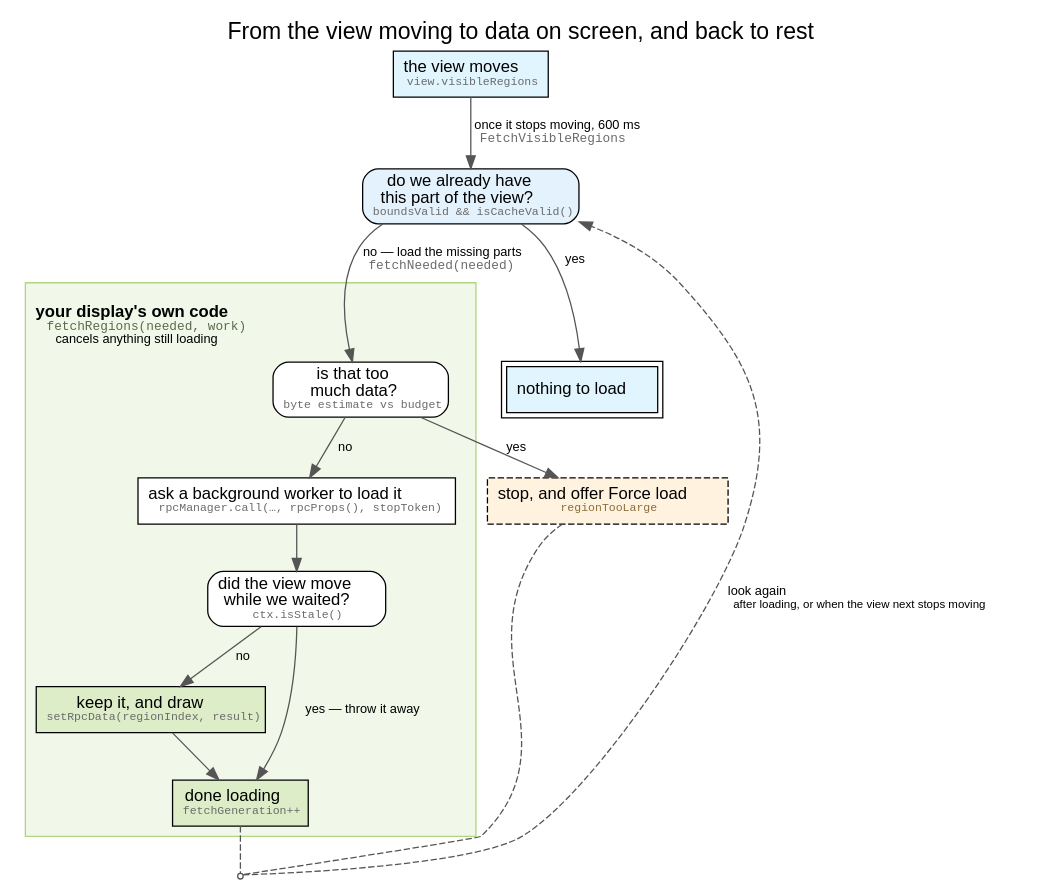
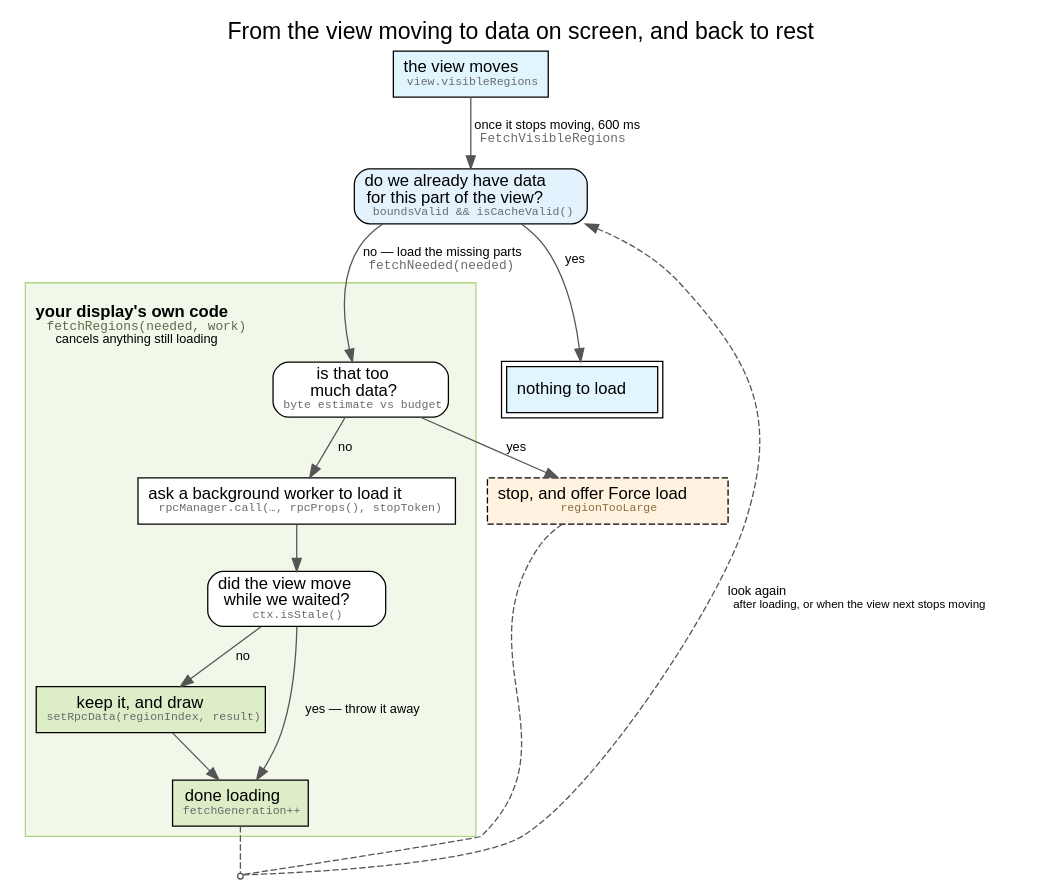
Before and after one commit to GMOD/jbrowse-components: the diagram in website/diagrams/fetch_chain.dot, drawn with Graphviz. The commit also changed 2 other files, not shown here.

Commit message:
docs(fetch_chain): ask whether we have the DATA for this part of the view
"do we already have this part of the view?" reads as a question about the
view rather than about the data — the noun a plain sentence drops is the one
to check.

Claude-Session: https://claude.ai/code/session_01RP6gHvG9pZXQabegWrmhyD

```diff
--- a/website/diagrams/fetch_chain.dot
+++ b/website/diagrams/fetch_chain.dot
@@ -1,142 +1,145 @@
 // Every box says what happens in ENGLISH, with the identifier under it in small
 // grey monospace. Reading the chain and finding the code are two different
 // tasks, and a label that only names `boundsValid && isCacheValid()` serves the
 // second at the cost of the first — you cannot follow the flow until you have
 // read four function signatures. The English line is what the eye lands on; the
 // identifier is there when the reader goes looking.
 //
 // The English is plain rather than merely spelt out, which is a second pass and
 // not the same one: "is this block already covered?" is a sentence made of our
 // vocabulary, and a block, a fetch and a region are all things the reader is
-// here to learn. So it asks whether we already have this PART OF THE VIEW, the
-// worker is a BACKGROUND worker, and fetchGeneration++ is DONE LOADING. Nothing
-// in the top line of a box is a word this page has to define first.
+// here to learn. So it asks whether we already have DATA FOR this part of the
+// view, the worker is a BACKGROUND worker, and fetchGeneration++ is DONE
+// LOADING. Nothing in the top line of a box is a word this page has to define
+// first. "do we already have this part of the view?" was the first draft and it
+// reads as a question about the VIEW rather than about the data — the noun a
+// plain sentence drops is the one to check.
 //
 // That needs HTML-like labels (`label=<…>` rather than `label="…"`), so `&` is
 // `&amp;` inside them, and a malformed one renders as literal angle brackets
 // rather than failing — check the render, not the exit code.
 //
 // The three questions are rounded boxes rather than diamonds. A diamond sized to
 // hold a sentence is about twice as wide as the sentence, and there are three of
 // them; the "?" and the yes/no edges already say it is a branch.
 //
 // Two nodes and a cluster came out by the rule that a step whose whole job is to
 // hand off to the next one is an EDGE, not a box:
 //
 //   collect into `needed`    -> the check's "no" branch, which also carries
 //                               fetchNeeded(needed), the call it makes
 //   rotate stop token /      -> "cancels whatever was still in flight" in the
 //     capture fetchGeneration   cluster's own label, since that is what entering
 //                               fetchRegions does
 //   FetchVisibleRegions      -> the edge from the view moving to the check. It
 //                               was a cluster drawn around that single question,
 //                               which is a label with a border.
 //
 // That leaves ONE cluster, and it now means something a fill colour could not
 // say on its own: everything inside it is the display's to write.
 //
 // `increment fetchGeneration` looks like the same case and is not. Dropping it
 // turns two SOLID in-cluster edges into two more dashed ones leaving the box, so
 // the picture pays a crossing and a label sitting on the cluster border to save
 // one node. Keeping it holds the whole rule "dashed means look again" to two
 // places, both below the chain.
 //
 // The cluster's label is left-justified AND short because the edge into the box
 // enters at the first node's horizontal centre: a label reaching that far right
 // gets struck through by the arrow, which is why fetchNeeded moved to the edge
 // and fetchRegions lost nothing but its length here.
 digraph fetch_chain {
   rankdir=TB
   labelloc=t
   fontname="Helvetica"
   fontsize=18
   label="From the view moving to data on screen, and back to rest"
   nodesep=0.35
   ranksep=0.5
 
   node [shape=box, fontname="Helvetica", fontsize=13, style=filled, fillcolor="#ffffff"]
   edge [fontname="Helvetica", fontsize=10, color="#555555"]
 
   viewport [
     label=<the view moves<br/><font point-size="9" face="Courier" color="#6b6b6b">view.visibleRegions</font>>
     fillcolor="#e1f5fe"
   ]
   check [
     shape=box, style="filled,rounded"
-    label=<do we already have<br/>this part of the view?<br/><font point-size="9" face="Courier" color="#6b6b6b">boundsValid &amp;&amp; isCacheValid()</font>>
+    label=<do we already have data<br/>for this part of the view?<br/><font point-size="9" face="Courier" color="#6b6b6b">boundsValid &amp;&amp; isCacheValid()</font>>
     fillcolor="#e3f2fd"
   ]
 
   // ── What the display owns ────────────────────────────────────────
   subgraph cluster_fetch {
     label=<<br/><b>your display's own code</b><br/><font point-size="10" face="Courier" color="#5b6b4b">fetchRegions(needed, work)</font><br/><font point-size="10">cancels anything still loading</font><br/>>
     labelloc=t
     labeljust=l
     fontname="Helvetica"
     fontsize=13
     style=filled
     fillcolor="#f1f8e9"
     color="#aed581"
 
     bytes [
       shape=box, style="filled,rounded"
       label=<is that too<br/>much data?<br/><font point-size="9" face="Courier" color="#6b6b6b">byte estimate vs budget</font>>
       fillcolor="#ffffff"
     ]
     work [
       label=<ask a background worker to load it<br/><font point-size="9" face="Courier" color="#6b6b6b">rpcManager.call(…, rpcProps(), stopToken)</font>>
     ]
     stale [
       shape=box, style="filled,rounded"
       label=<did the view move<br/>while we waited?<br/><font point-size="9" face="Courier" color="#6b6b6b">ctx.isStale()</font>>
       fillcolor="#ffffff"
     ]
     commit [
       label=<keep it, and draw<br/><font point-size="9" face="Courier" color="#6b6b6b">setRpcData(regionIndex, result)</font>>
       fillcolor="#dcedc8"
     ]
     bump [
       label=<done loading<br/><font point-size="9" face="Courier" color="#6b6b6b">fetchGeneration++</font>>
       fillcolor="#dcedc8"
     ]
   }
 
   toolarge [
     label=<stop, and offer Force load<br/><font point-size="9" face="Courier" color="#8a6d3b">regionTooLarge</font>>
     style="filled,dashed"
     fillcolor="#fff3e0"
   ]
   done [label=<nothing to load>, peripheries=2, fillcolor="#e1f5fe"]
 
   viewport -> check [label=<  once it stops moving, 600 ms<br align="left"/>  <font face="Courier" color="#6b6b6b">FetchVisibleRegions</font><br align="left"/>>]
   check -> done [label="  yes"]
   check -> bytes [label=<  no — load the missing parts<br align="left"/>  <font face="Courier" color="#6b6b6b">fetchNeeded(needed)</font><br align="left"/>>]
   bytes -> toolarge [label="  yes"]
   bytes -> work [label="  no"]
   work -> stale
   stale -> commit [label="  no"]
   stale -> bump [label="  yes — throw it away"]
   commit -> bump
 
   // Both loose ends re-enter the same debounced check, so they meet at a
   // junction and travel back as ONE edge. Drawn as two they were two long dashed
   // sweeps up the whole right side, which is most of what a reader sees before
   // they see the chain — and both said the same thing anyway. What differs is
   // only what re-fires the autorun, which the edge's own label now names.
   reenter [shape=point, width=0.06, color="#555555"]
   // The junction's rank comes from this one edge keeping its constraint, which
   // puts it just below the last node of the chain. `{ rank=same; bump; reenter }`
   // is the obvious alternative and is wrong: a rankset EJECTS its members from
   // their cluster ("bump was already in a rankset, deleted from cluster"), which
   // drops that node out of the green box it belongs to.
   bump -> reenter [style=dashed, arrowhead=none]
   // The other two are constraint=false: they close the loop but must not pull
   // their targets back up a rank, which is what left the entry node stranded
   // mid-graph and crossed every edge around it.
   toolarge -> reenter [style=dashed, constraint=false, arrowhead=none]
   reenter -> check [
     label=<  look again<br align="left"/>  <font point-size="9">after loading, or when the view next stops moving</font><br align="left"/>>
     style=dashed
     constraint=false
   ]
 }
```
